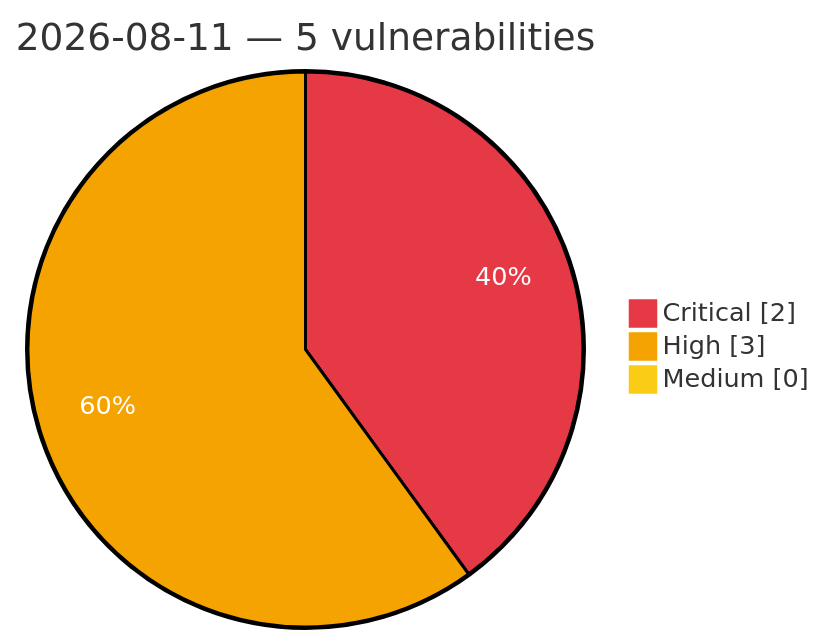
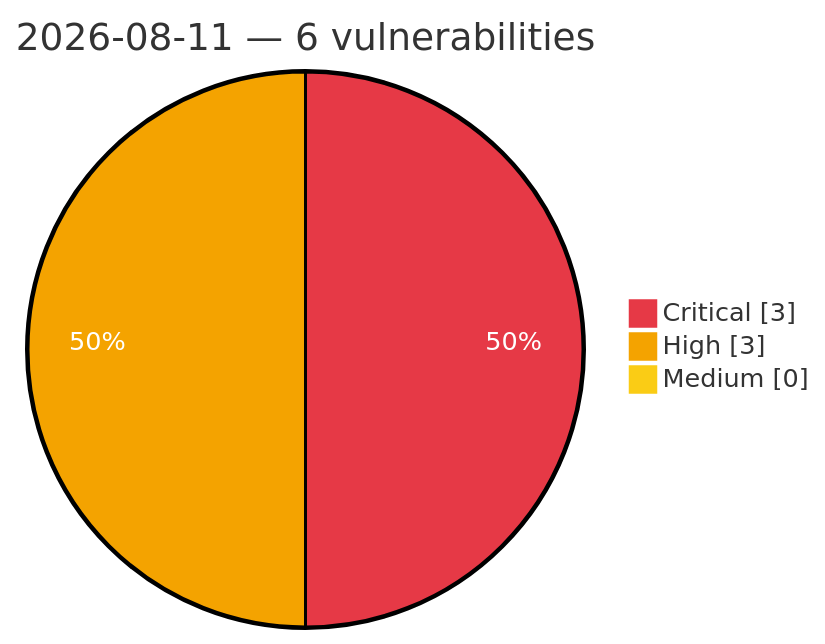
One commit to GhostX0X/vuln-tracker changed the diagram in vulnerabilities/2026/August/2026-08-11.md. Above: the diagram before and after it, drawn with Mermaid. The commit also changed other lines of this file and 5 other files, not shown here.

````diff
--- a/vulnerabilities/2026/August/2026-08-11.md
+++ b/vulnerabilities/2026/August/2026-08-11.md
@@ -3,8 +3,8 @@
 ```mermaid
 %%{init: {'theme':'base', 'themeVariables': {'pie1':'#e63946', 'pie2':'#f4a300', 'pie3':'#facc15', 'pieOpacity':'1', 'pieOuterStrokeWidth':'2px', 'pieSectionTextColor':'#ffffff'}}}%%
 pie showData
-    title 2026-08-11 — 5 vulnerabilities
-    "Critical" : 2
+    title 2026-08-11 — 6 vulnerabilities
+    "Critical" : 3
     "High" : 3
     "Medium" : 0
 ```
````
